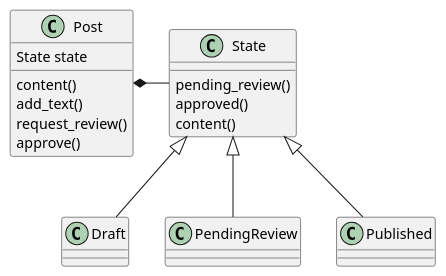
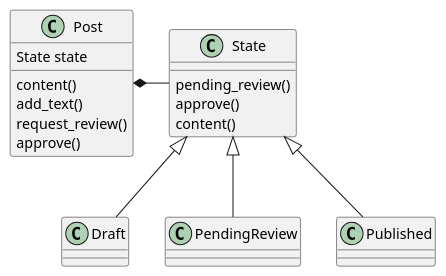
Before and after one commit to GtTmy/trpl-slides: the diagram in slides/plantuml/state-class.puml, drawn with PlantUML. The commit also changed 2 other files, not shown here.

```diff
--- a/slides/plantuml/state-class.puml
+++ b/slides/plantuml/state-class.puml
@@ -1,18 +1,18 @@
 @startuml
 
 Post *-right- State
 
 State <|-- Draft
 State <|-- PendingReview
 State <|-- Published
 
 Post : content() 
 Post : add_text() 
 Post : request_review() 
 Post : approve() 
 Post : State state
 State : pending_review()
-State : approved()
+State : approve()
 State : content()
 
 @enduml
```
